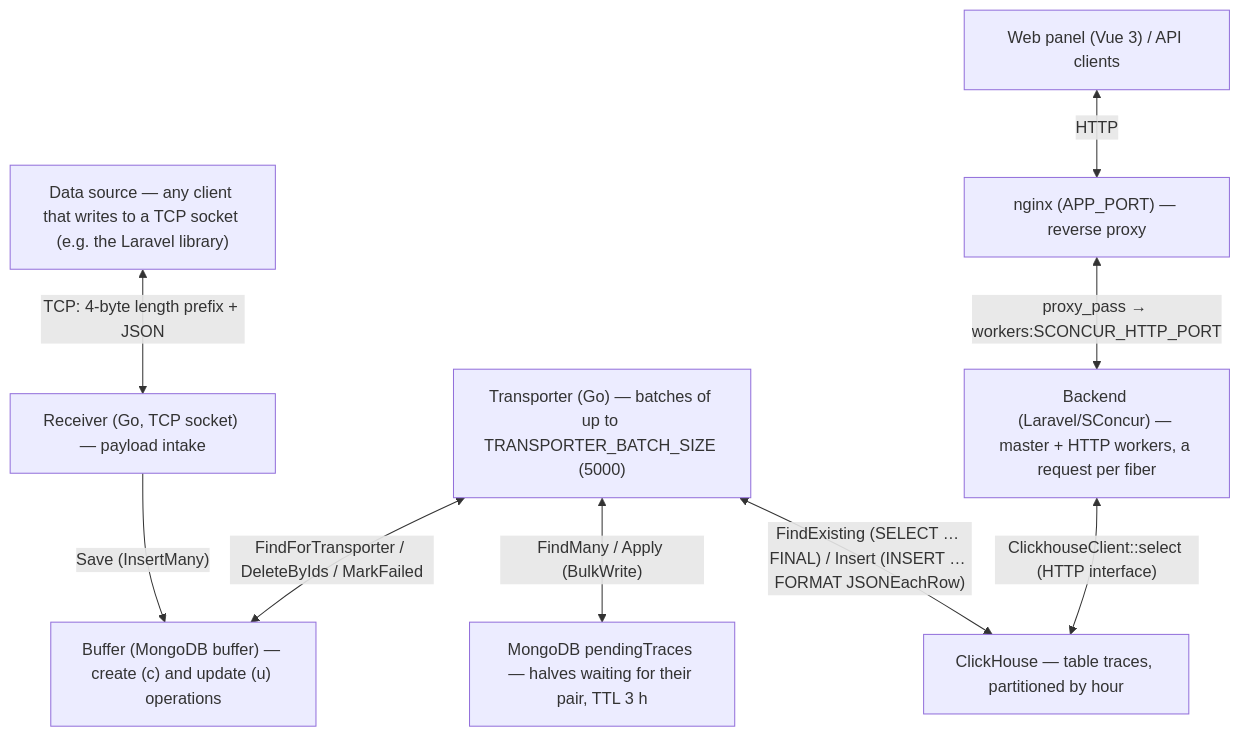
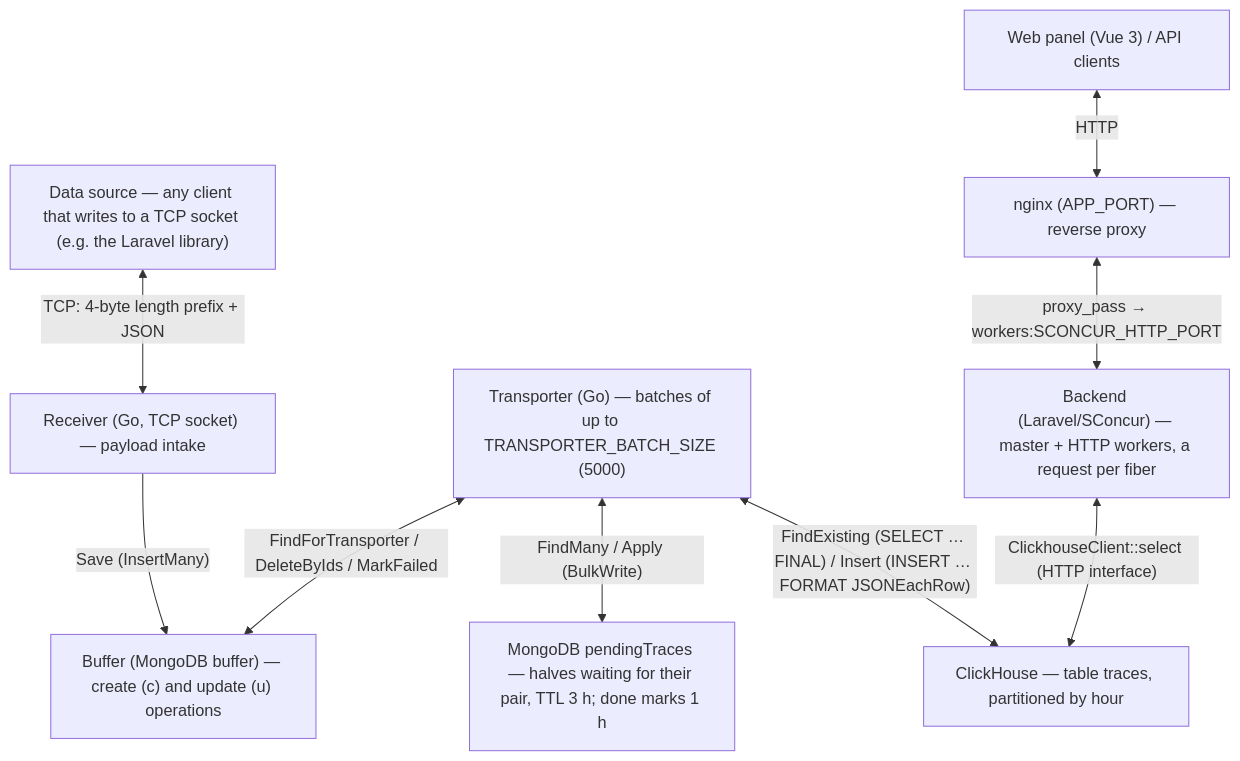
Before and after one commit to sprust/slogger: the diagram in README.md, drawn with Mermaid. The commit also changed other lines of this file and 3 other files, not shown here.

First line of the commit message:
keep done marks of pending traces as the id alone under their own 1 hour TTL

````diff
--- a/README.md
+++ b/README.md
@@ -33,20 +33,20 @@
 ```mermaid
 flowchart TB
     src["Data source — any client that writes to a TCP socket (e.g. the Laravel library)"]
     receiver["Receiver (Go, TCP socket) — payload intake"]
     transporter["Transporter (Go) — batches of up to TRANSPORTER_BATCH_SIZE (5000)"]
     buffer["Buffer (MongoDB buffer) — create (c) and update (u) operations"]
-    pending["MongoDB pendingTraces — halves waiting for their pair, TTL 3 h"]
+    pending["MongoDB pendingTraces — halves waiting for their pair, TTL 3 h; done marks 1 h"]
     ui["Web panel (Vue 3) / API clients"]
     nginx["nginx (APP_PORT) — reverse proxy"]
     backend["Backend (Laravel/SConcur) — master + HTTP workers, a request per fiber"]
     traces["ClickHouse — table traces, partitioned by hour"]
     src <-->|"TCP: 4-byte length prefix + JSON"| receiver
     receiver -->|"Save (InsertMany)"| buffer
     transporter <-->|"FindForTransporter / DeleteByIds / MarkFailed"| buffer
     transporter <-->|"FindMany / Apply (BulkWrite)"| pending
     transporter <-->|"FindExisting (SELECT … FINAL) / Insert (INSERT … FORMAT JSONEachRow)"| traces
     ui <-->|"HTTP"| nginx
     nginx <-->|"proxy_pass → workers:SCONCUR_HTTP_PORT"| backend
     backend <-->|"ClickhouseClient::select (HTTP interface)"| traces
 ```
````
